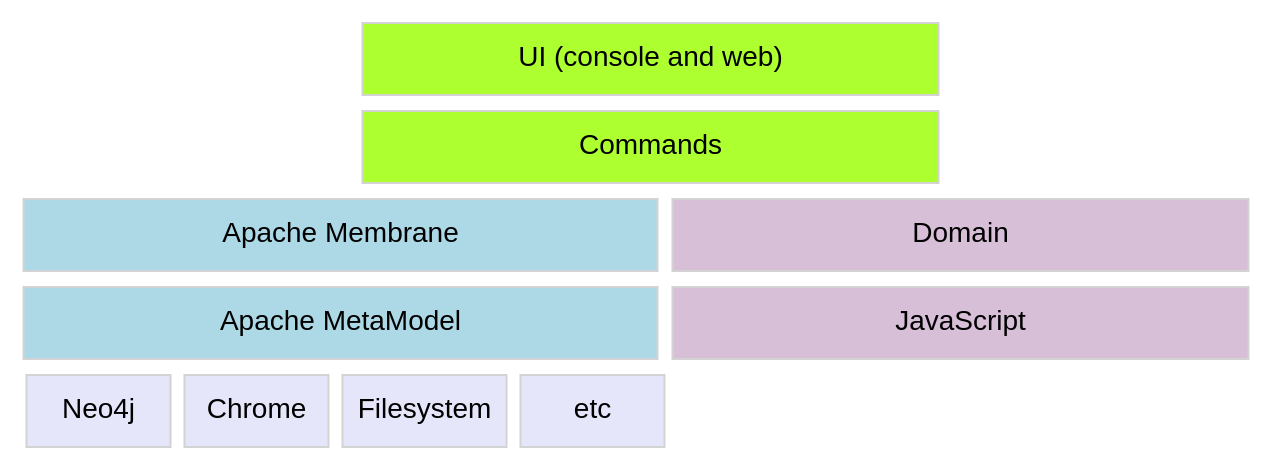
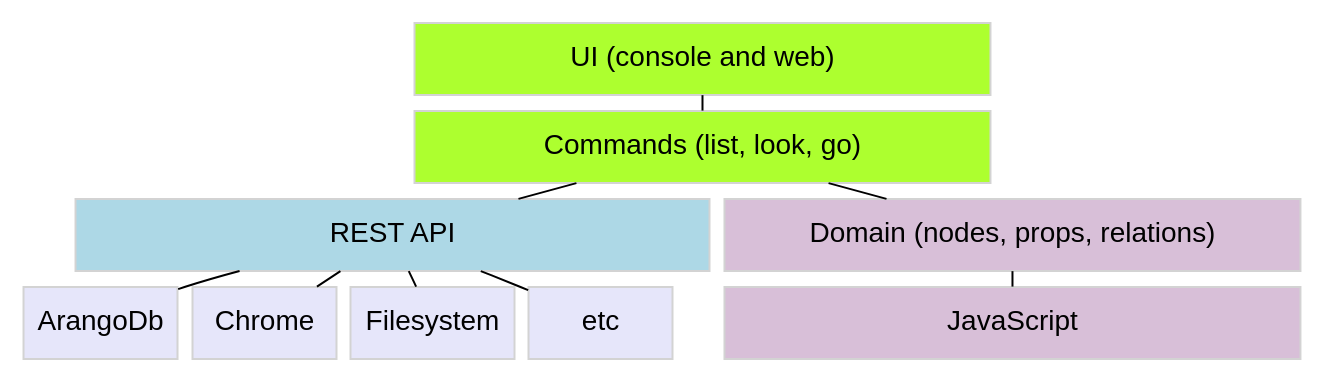
The diagram in docs/layers.dot (bburns/neomem), drawn with Graphviz before and after one commit.

```diff
--- a/docs/layers.dot
+++ b/docs/layers.dot
@@ -1,51 +1,52 @@
 graph layers {
 
   //-------------------------------------------------------------------------
   // styles
   //-------------------------------------------------------------------------
 
   graph [ rankdir=TB, nodesep=0.1, ranksep=0.1];
   node [ shape=box, color=lightgray, fillcolor=lightblue, style=filled, fontname=Arial, width=4, height=0.5 ];
-  edge [ style=invis ];
+  // edge [ style=invis ];
 
 
   //-------------------------------------------------------------------------
   // nodes
   //-------------------------------------------------------------------------
   
   ui [ label="UI (console and web)", fillcolor=greenyellow, width=4 ];
-  commands [ label="Commands", fillcolor=greenyellow, width=4 ];
+  commands [ label="Commands (list, look, go)", fillcolor=greenyellow, width=4 ];
 
-  membrane [ label="Apache Membrane", width=4.4 ];
-  metamodel [ label="Apache MetaModel", width=4.4 ];
-  neo4j [ label="Neo4j", fillcolor=lavender, width=1 ];
+  // membrane [ label="Apache Membrane", width=4.4 ];
+  // metamodel [ label="Apache MetaModel", width=4.4 ];
+  rest [ label="REST API", width=4.4 ];
+  // neo4j [ label="Neo4j", fillcolor=lavender, width=1 ];
+  arangodb [ label="ArangoDb", fillcolor=lavender, width=1 ];
   bookmarks [ label="Chrome", fillcolor=lavender, width=1 ];
   filesys [ label="Filesystem", fillcolor=lavender, width=1 ];
   etc [ label="etc", fillcolor=lavender, width=1 ];
 
-  domain [ label="Domain", fillcolor=thistle, width=4 ];
+  domain [ label="Domain (nodes, props, relations)", fillcolor=thistle, width=4 ];
   language [ label="JavaScript", fillcolor=thistle, width=4 ];
 
 
   //-------------------------------------------------------------------------
   // edges
   //-------------------------------------------------------------------------
   
   ui -- commands;
-  commands -- membrane;
+  // commands -- membrane;
+  commands -- rest;
   commands -- domain;
   domain -- language;
-  membrane -- metamodel;
-  metamodel -- neo4j;
-  metamodel -- bookmarks;
-  metamodel -- filesys;
-  metamodel -- etc;
+  // membrane -- metamodel;
+  // metamodel -- { arangodb, bookmarks, filesys, etc };
+  rest -- { arangodb, bookmarks, filesys, etc };
 
 
   //-------------------------------------------------------------------------
   // ranks
   //-------------------------------------------------------------------------
 
   // { rank=same; };
 
 }
```
